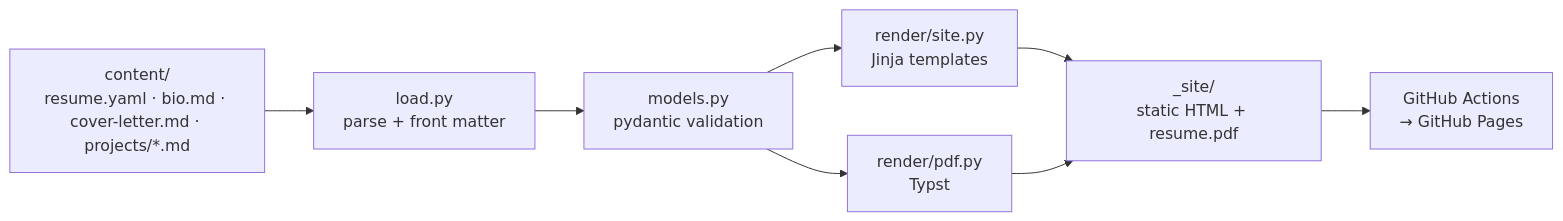
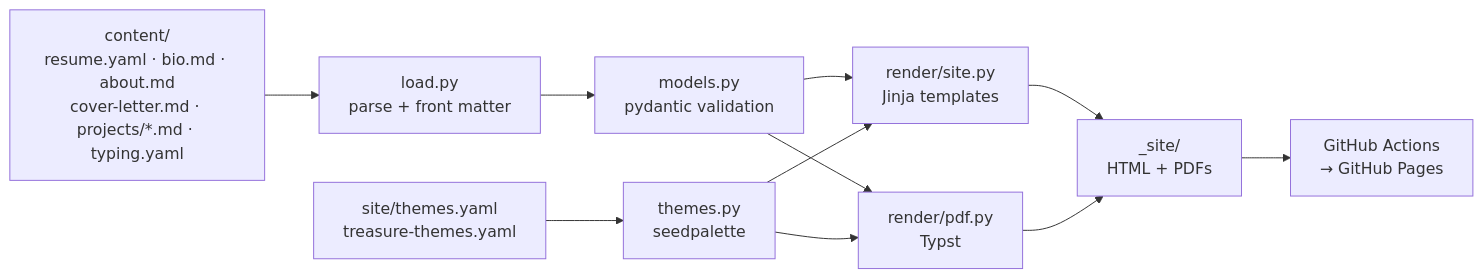
One commit to kyut0/kyut0.github.io changed the diagram in README.md. Above: the diagram before and after it, drawn with Mermaid. The commit also changed other lines of this file and 8 other files, not shown here.

````diff
--- a/README.md
+++ b/README.md
@@ -13,10 +13,13 @@
 ```mermaid
 flowchart LR
-    A[content/<br>resume.yaml · bio.md · cover-letter.md · projects/*.md] --> B[load.py<br>parse + front matter]
+    A[content/<br>resume.yaml · bio.md · about.md<br>cover-letter.md · projects/*.md · typing.yaml] --> B[load.py<br>parse + front matter]
+    T[site/themes.yaml<br>treasure-themes.yaml] --> TH[themes.py<br>seedpalette]
     B --> C[models.py<br>pydantic validation]
     C --> D[render/site.py<br>Jinja templates]
     C --> P[render/pdf.py<br>Typst]
-    D --> E[_site/<br>static HTML + resume.pdf]
+    TH --> D
+    TH --> P
+    D --> E[_site/<br>HTML + PDFs]
     P --> E
     E --> F[GitHub Actions<br>→ GitHub Pages]
 ```
````
